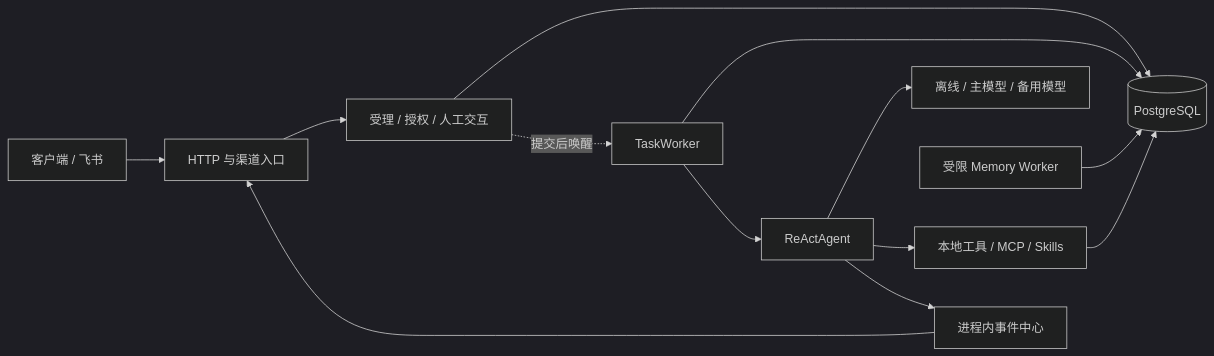
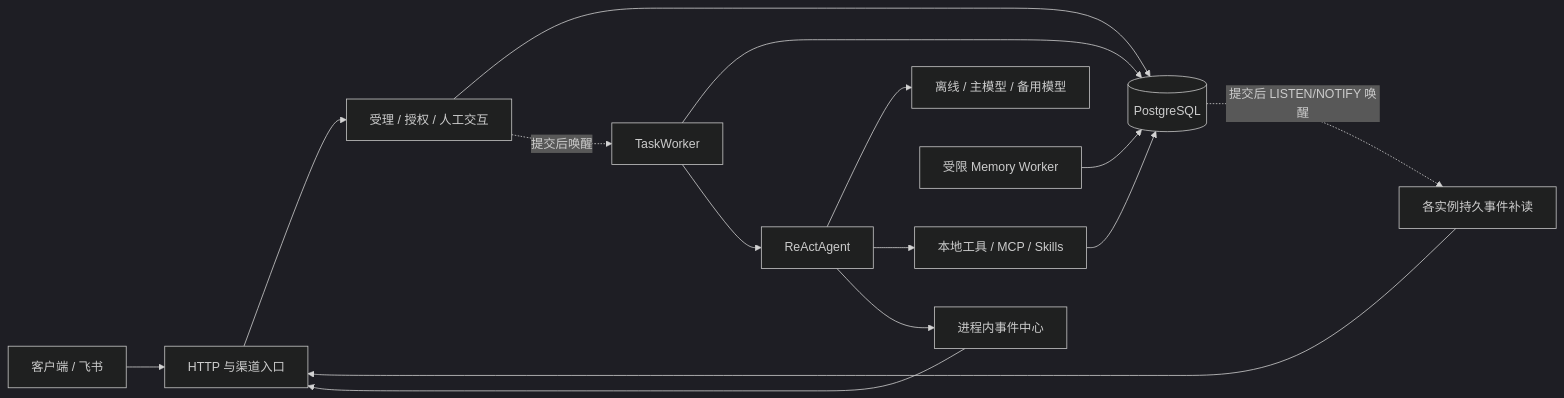
One commit to westbrook0904/FinanceClaw changed the diagram in README.md. Above: the diagram before and after it, drawn with Mermaid (dark theme). The commit also changed other lines of this file and 33 other files, not shown here.

````diff
--- a/README.md
+++ b/README.md
@@ -25,15 +30,17 @@
 ```mermaid
 flowchart LR
     Client[客户端 / 飞书] --> API[HTTP 与渠道入口]
     API --> Admission[受理 / 授权 / 人工交互]
     Admission --> DB[(PostgreSQL)]
     Admission -.提交后唤醒.-> Worker[TaskWorker]
     Worker --> DB
     Worker --> Agent[ReActAgent]
     Agent --> Model[离线 / 主模型 / 备用模型]
     Agent --> Tools[本地工具 / MCP / Skills]
     Tools --> DB
     Agent --> Events[进程内事件中心]
     Events --> API
+    DB -.提交后 LISTEN/NOTIFY 唤醒.-> Replay[各实例持久事件补读]
+    Replay --> API
     Memory[受限 Memory Worker] --> DB
 ```
````
